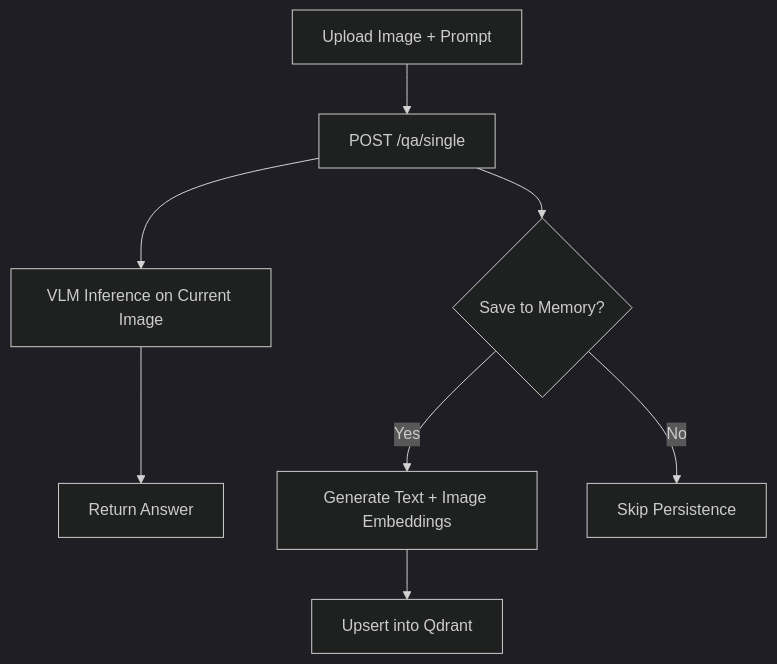
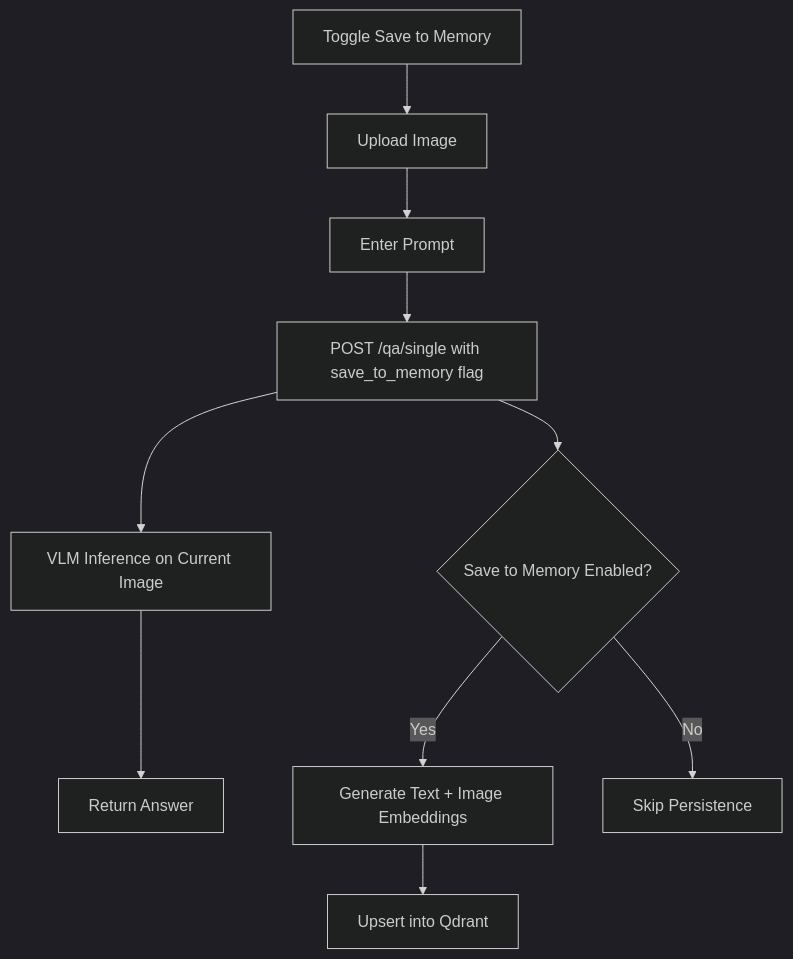
Before and after one commit to seth-woo/mkrs-optional-memory: the second of 3 diagrams in README.md, drawn with Mermaid (dark theme). The commit also changed other lines of this file, not shown here.

````diff
--- a/README.md
+++ b/README.md
@@ -86,10 +86,12 @@
 ```mermaid
 flowchart TD
-    U[Upload Image + Prompt] --> S[POST /qa/single]
+    T[Toggle Save to Memory] --> U1[Upload Image]
+    U1 --> U2[Enter Prompt]
+    U2 --> S[POST /qa/single with save_to_memory flag]
     S --> V[VLM Inference on Current Image]
     V --> R[Return Answer]
-    S --> T{Save to Memory?}
-    T -- Yes --> EM[Generate Text + Image Embeddings]
+    S --> D{Save to Memory Enabled?}
+    D -- Yes --> EM[Generate Text + Image Embeddings]
     EM --> Q[Upsert into Qdrant]
-    T -- No --> X[Skip Persistence]
+    D -- No --> X[Skip Persistence]
 ```
````
